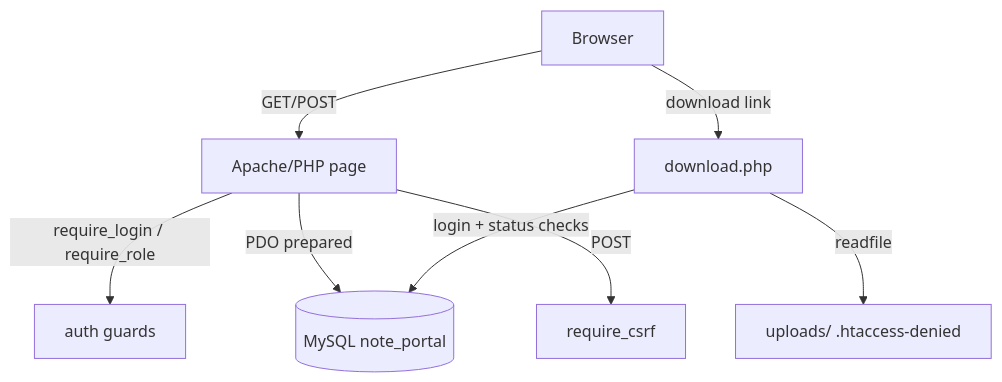
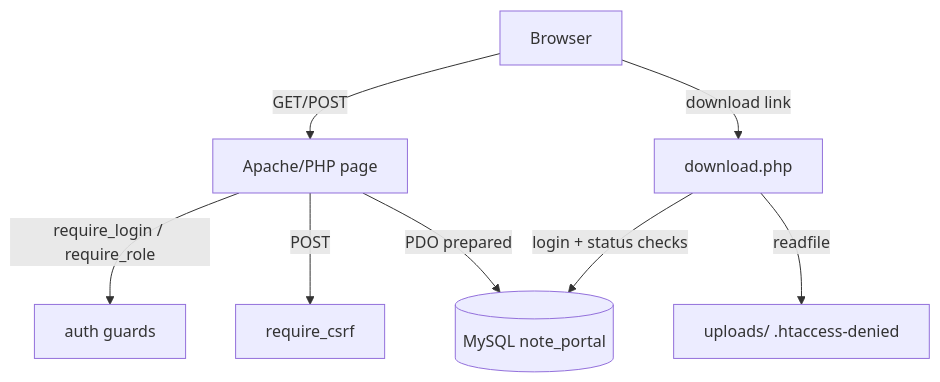
One commit to JackByteBack/student-note-sharing-portal changed the diagram in report/REPORT.md. Above: the diagram before and after it, drawn with Mermaid. The commit also changed other lines of this file and 34 other files, not shown here.

````diff
--- a/report/REPORT.md
+++ b/report/REPORT.md
@@ -72,10 +74,10 @@
 ```mermaid
 flowchart TD
   B[Browser] -->|GET/POST| A[Apache/PHP page]
   A -->|require_login / require_role| G[auth guards]
+  A -->|POST| C[require_csrf]
   A -->|PDO prepared| D[(MySQL note_portal)]
-  A -->|POST| C[require_csrf]
   B -->|download link| DL[download.php]
   DL -->|login + status checks| D
   DL -->|readfile| U[uploads/ .htaccess-denied]
 ```
````
